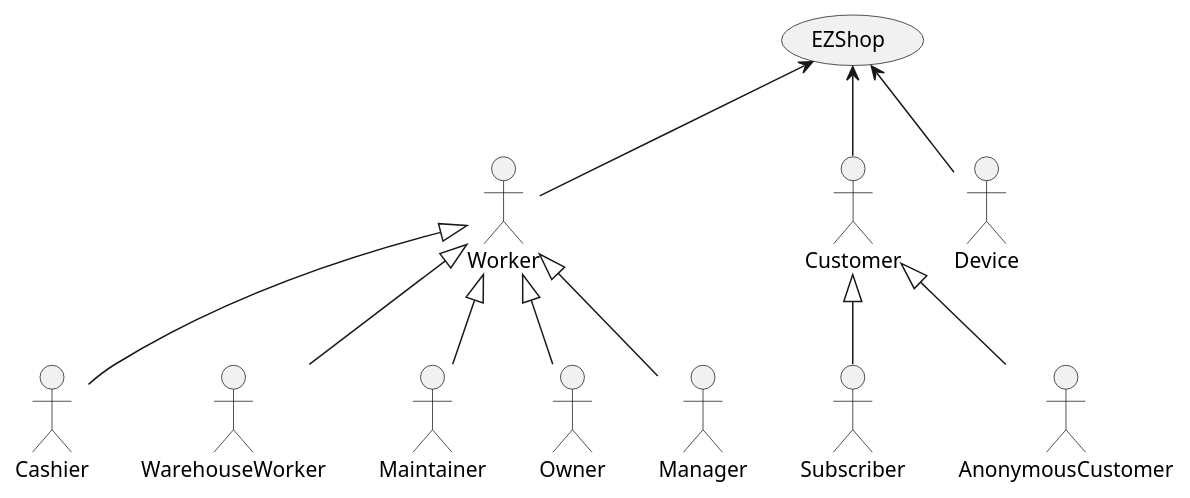
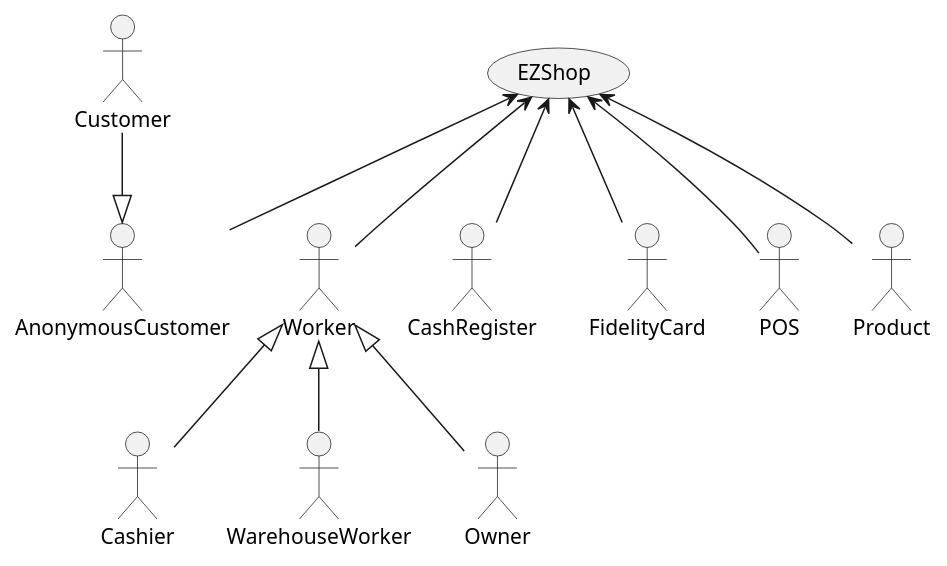
One commit to Ralls0/ezshop changed the diagram in Deliverables/context_diagram.wsd. Above: the diagram before and after it, drawn with PlantUML. The commit also changed 4 other files, not shown here.

```diff
--- a/Deliverables/context_diagram.wsd
+++ b/Deliverables/context_diagram.wsd
@@ -1,27 +1,28 @@
 @startuml
+
 (EZShop)
 :Worker:
 :Cashier:
 :WarehouseWorker:
-:Maintainer:
 :Owner:
-:Manager:
 :Customer:
-:Subscriber:
 :AnonymousCustomer:
-:Device:
+:CashRegister:
+:FidelityCard:
+:POS:
+:Product:
 
 Worker<|--Cashier
 Worker<|--WarehouseWorker
-Worker<|--Maintainer
 Worker<|--Owner
-Worker<|--Manager
 
-Customer<|--Subscriber
-Customer<|--AnonymousCustomer
+Customer--|>AnonymousCustomer
 
 (EZShop)<--Worker
-(EZShop)<--Customer
-(EZShop)<--Device
+(EZShop)<--AnonymousCustomer
+(EZShop)<--CashRegister
+(EZShop)<--FidelityCard
+(EZShop)<--POS
+(EZShop)<--Product
 
 @enduml
```
